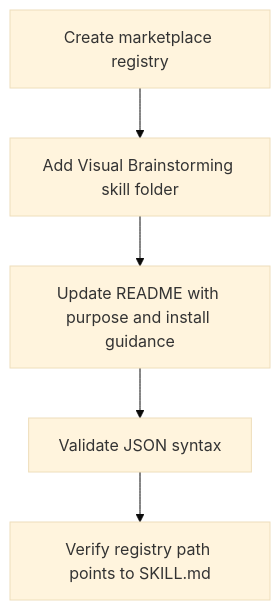
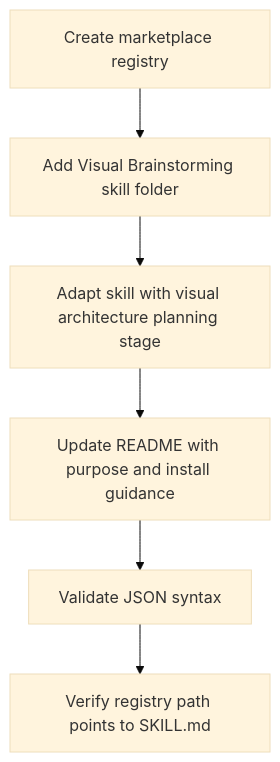
One commit to premiumfaber/skills-library changed the sixth of 6 diagrams in docs/superpowers/specs/2026-05-09-skills-marketplace-design.md. Above: the diagram before and after it, drawn with Mermaid (base theme). The commit also changed other lines of this file, not shown here.

Commit message:
Add architecture planning stage to marketplace spec

````diff
--- a/docs/superpowers/specs/2026-05-09-skills-marketplace-design.md
+++ b/docs/superpowers/specs/2026-05-09-skills-marketplace-design.md
@@ -63,7 +93,8 @@
 ```mermaid
 flowchart TD
     A["Create marketplace registry"] --> B["Add Visual Brainstorming skill folder"]
-    B --> C["Update README with purpose and install guidance"]
-    C --> D["Validate JSON syntax"]
-    D --> E["Verify registry path points to SKILL.md"]
+    B --> C["Adapt skill with visual architecture planning stage"]
+    C --> D["Update README with purpose and install guidance"]
+    D --> E["Validate JSON syntax"]
+    E --> F["Verify registry path points to SKILL.md"]
 ```
````
